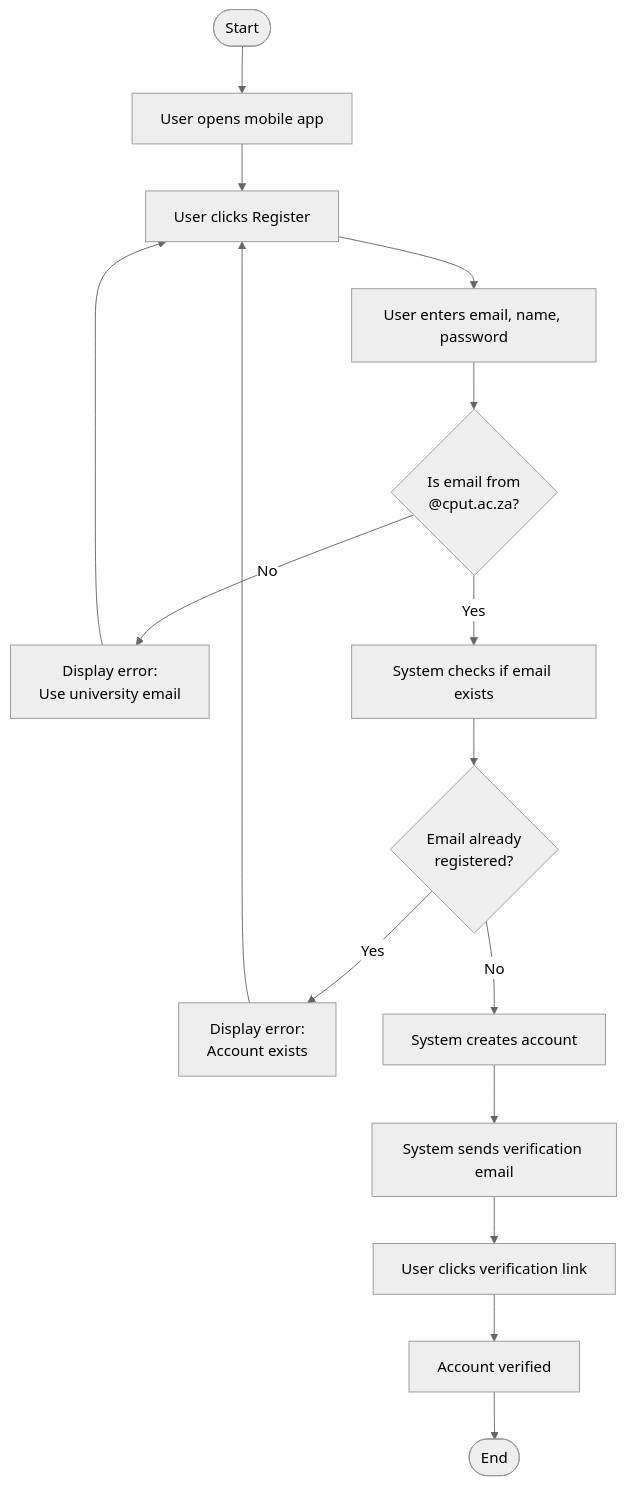
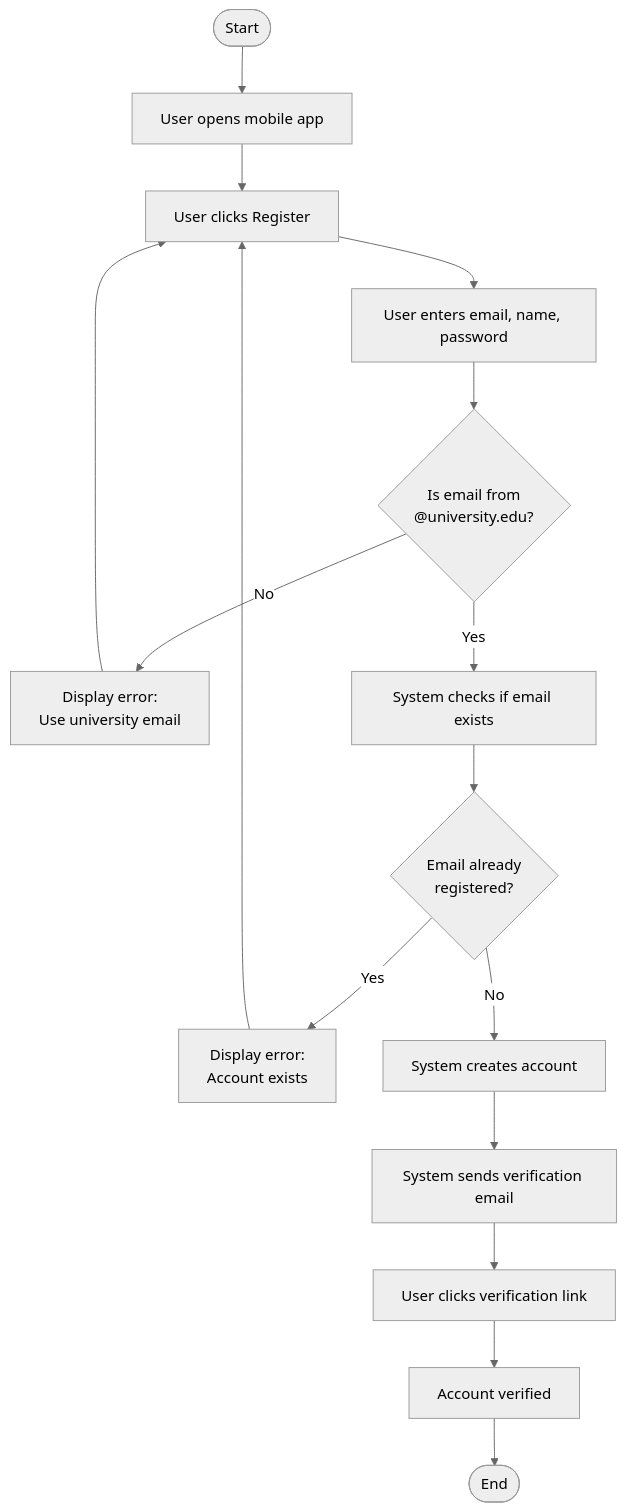
The first of 8 diagrams in activity-diagrams.md (Thandeka-debug/SmartBin-Campus-Rewards), drawn with Mermaid (neutral theme) before and after one commit. The commit also changed other lines of this file, not shown here.

````diff
--- a/activity-diagrams.md
+++ b/activity-diagrams.md
@@ -5,18 +5,18 @@
 ```mermaid
 flowchart TD
     start([Start]) --> A[User opens mobile app]
     A --> B[User clicks Register]
     B --> C[User enters email, name, password]
-    C --> D{Is email from\n@cput.ac.za?}
+    C --> D{Is email from\n@university.edu?}
     D -->|No| E[Display error:\nUse university email]
     E --> B
     D -->|Yes| F[System checks if email exists]
     F --> G{Email already\nregistered?}
     G -->|Yes| H[Display error:\nAccount exists]
     H --> B
     G -->|No| I[System creates account]
     I --> J[System sends verification email]
     J --> K[User clicks verification link]
     K --> L[Account verified]
     L --> stop([End])
 ```
````
